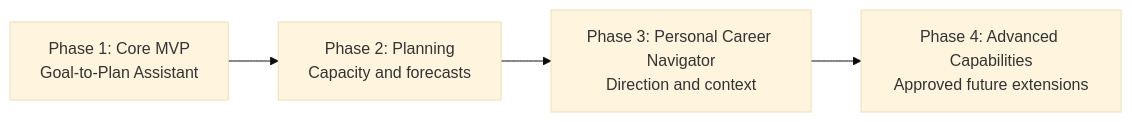
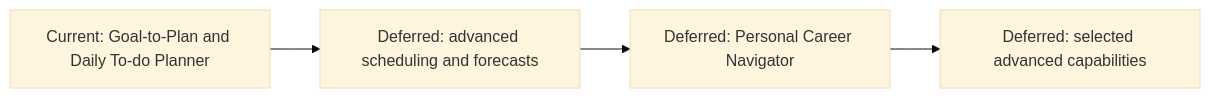
Before and after one commit to anweshasingh-dev/trajectory: the diagram in setup/Tasks.md, drawn with Mermaid (base theme). The commit also changed other lines of this file and 20 other files, not shown here.

Commit message:
redefined current scope and mvp

````diff
--- a/setup/Tasks.md
+++ b/setup/Tasks.md
@@ -12,6 +10,6 @@
 ```mermaid
 flowchart LR
-    A[Phase 1: Core MVP\nGoal-to-Plan Assistant] --> B[Phase 2: Planning\nCapacity and forecasts]
-    B --> C[Phase 3: Personal Career Navigator\nDirection and context]
-    C --> D[Phase 4: Advanced Capabilities\nApproved future extensions]
+    A[Current: Goal-to-Plan and Daily To-do Planner] --> B[Deferred: advanced scheduling and forecasts]
+    B --> C[Deferred: Personal Career Navigator]
+    C --> D[Deferred: selected advanced capabilities]
 ```
````
